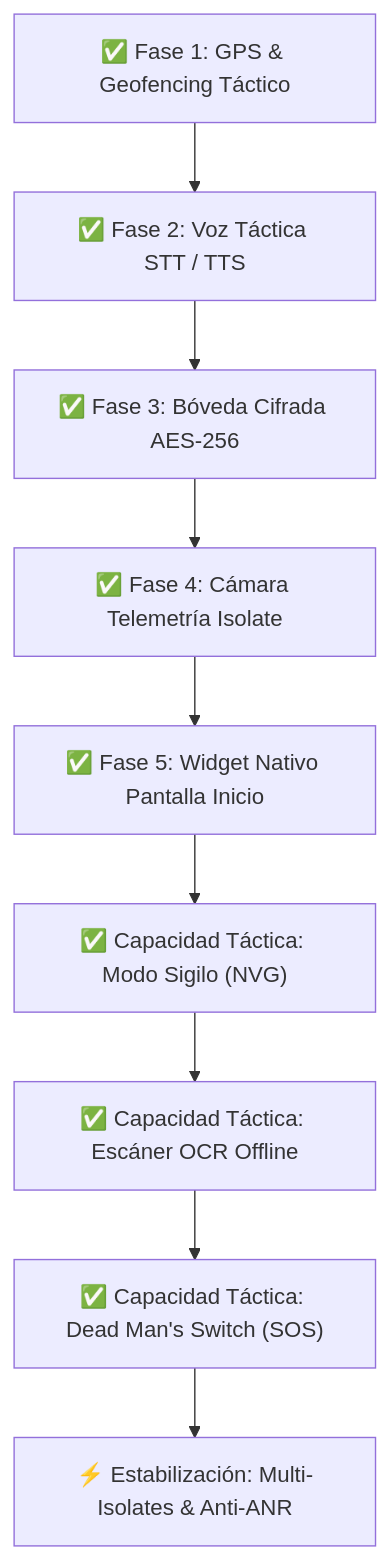
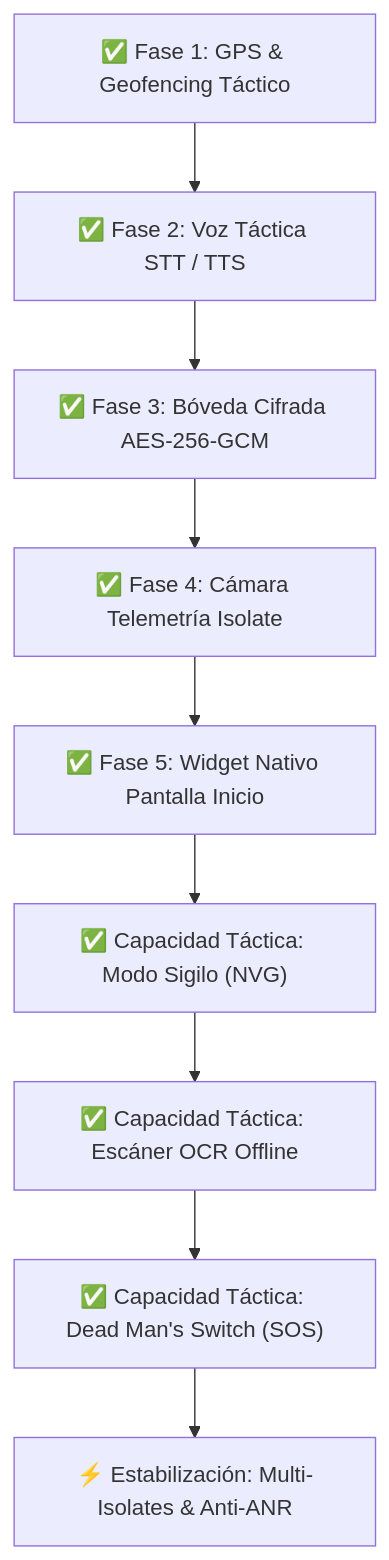
Before and after one commit to zuluetaulianov-eng/cobalto_mobile: the diagram in README.md, drawn with Mermaid. The commit also changed other lines of this file and 25 other files, not shown here.

Commit message:
fix(security): AES-256-GCM vault, remove login bypass & hardcoded creds, real SOS, network policy, structured logging, and unit tests

````diff
--- a/README.md
+++ b/README.md
@@ -15,11 +15,11 @@
 ```mermaid
 graph TD
     A["✅ Fase 1: GPS & Geofencing Táctico"] --> B["✅ Fase 2: Voz Táctica STT / TTS"]
-    B --> C["✅ Fase 3: Bóveda Cifrada AES-256"]
+    B --> C["✅ Fase 3: Bóveda Cifrada AES-256-GCM"]
     C --> D["✅ Fase 4: Cámara Telemetría Isolate"]
     D --> E["✅ Fase 5: Widget Nativo Pantalla Inicio"]
     E --> F["✅ Capacidad Táctica: Modo Sigilo (NVG)"]
     F --> G["✅ Capacidad Táctica: Escáner OCR Offline"]
     G --> H["✅ Capacidad Táctica: Dead Man's Switch (SOS)"]
     H --> I["⚡ Estabilización: Multi-Isolates & Anti-ANR"]
 ```
````
